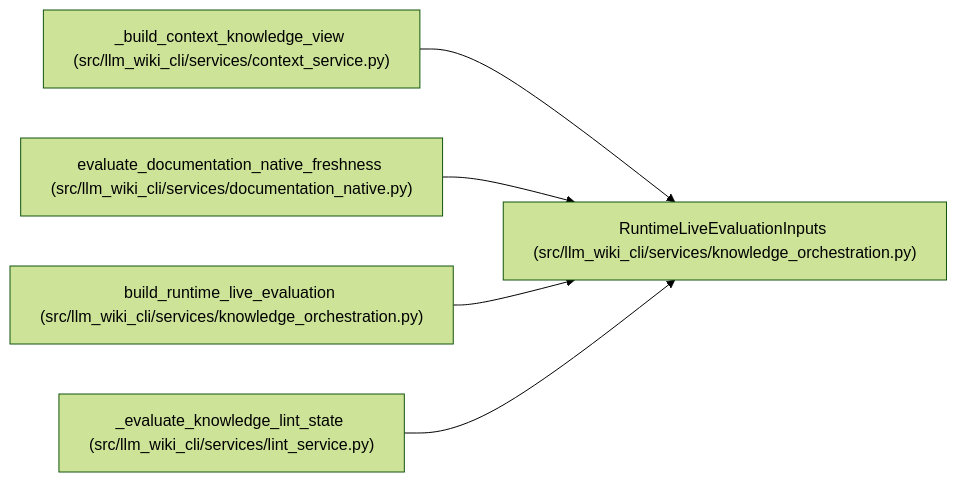
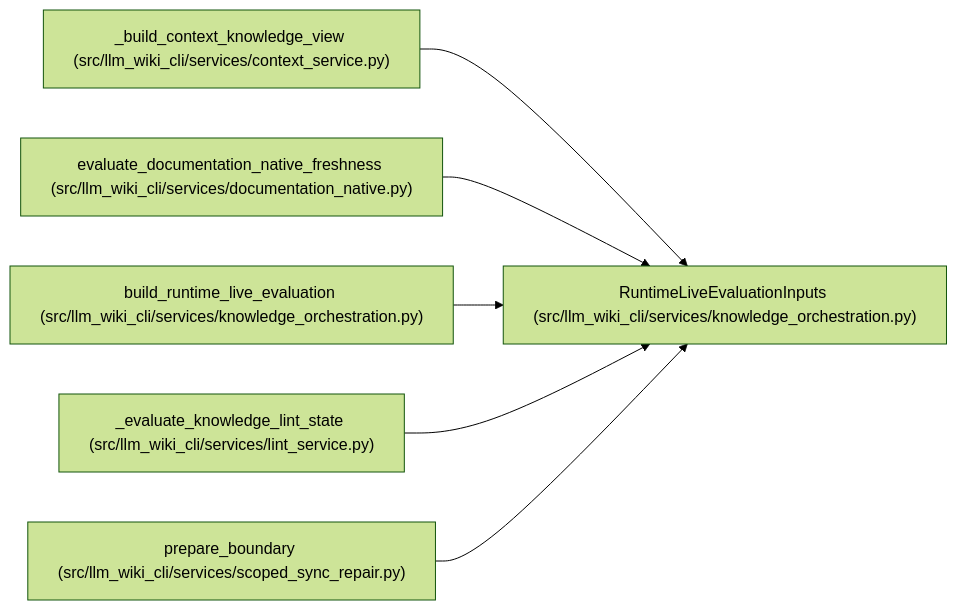
Before and after one commit to Denissvgn/python-wiki-llm: the diagram in docs/llm_wiki/entities/RuntimeLiveEvaluationInputs.md, drawn with Mermaid (forest theme). The commit also changed other lines of this file and 775 other files, not shown here.

````diff
--- a/docs/llm_wiki/entities/RuntimeLiveEvaluationInputs.md
+++ b/docs/llm_wiki/entities/RuntimeLiveEvaluationInputs.md
@@ -41,17 +41,20 @@
 ```mermaid
 flowchart LR
     n0["RuntimeLiveEvaluationInputs (src/llm_wiki_cli/services/knowledge_orchestration.py)"]
     n1["_build_context_knowledge_view (src/llm_wiki_cli/services/context_service.py)"]
     n2["evaluate_documentation_native_freshness (src/llm_wiki_cli/services/documentation_native.py)"]
     n3["build_runtime_live_evaluation (src/llm_wiki_cli/services/knowledge_orchestration.py)"]
     n4["_evaluate_knowledge_lint_state (src/llm_wiki_cli/services/lint_service.py)"]
+    n5["prepare_boundary (src/llm_wiki_cli/services/scoped_sync_repair.py)"]
     n1 --> n0
     n2 --> n0
     n3 --> n0
     n4 --> n0
+    n5 --> n0
     click n0 "../modules/knowledge_orchestration.md"
     click n1 "../modules/context_service.md"
     click n2 "../modules/documentation_native.md"
     click n3 "../modules/knowledge_orchestration.md"
     click n4 "../modules/lint_service.md"
+    click n5 "../modules/scoped_sync_repair.md"
 ```
````
